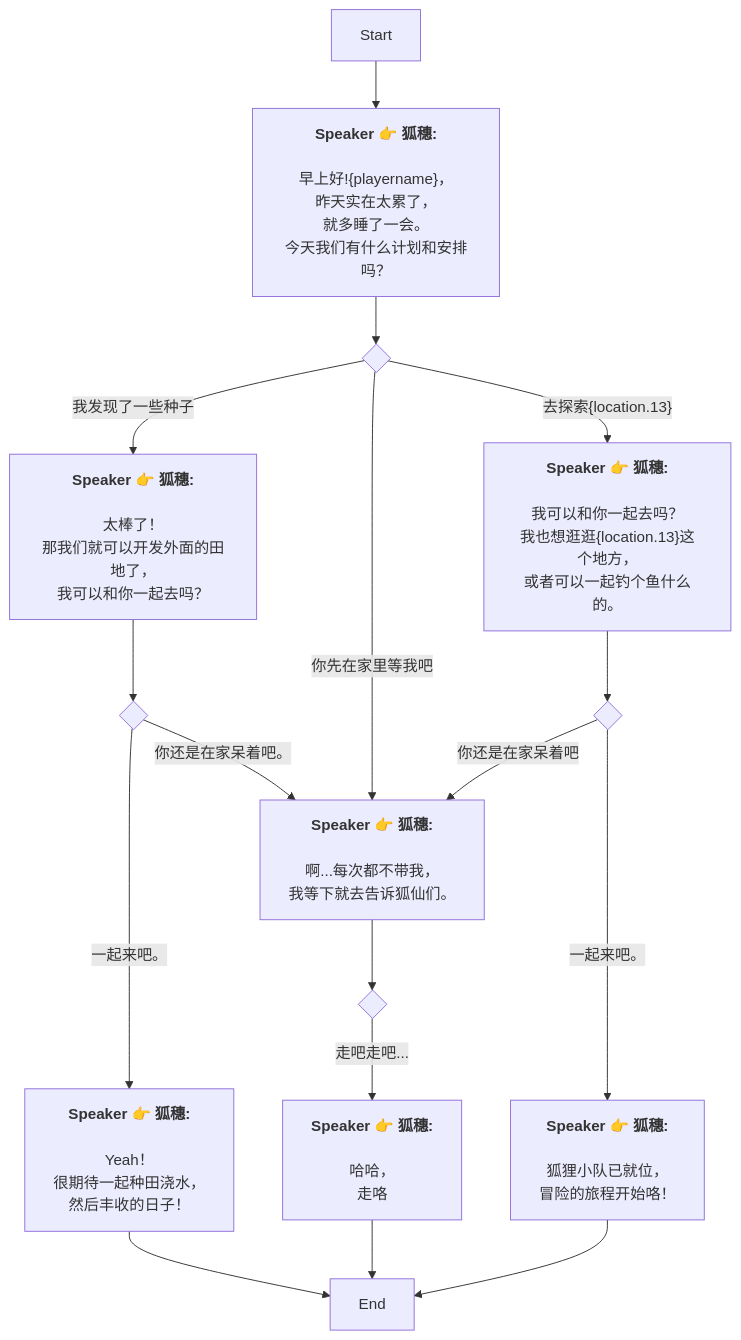
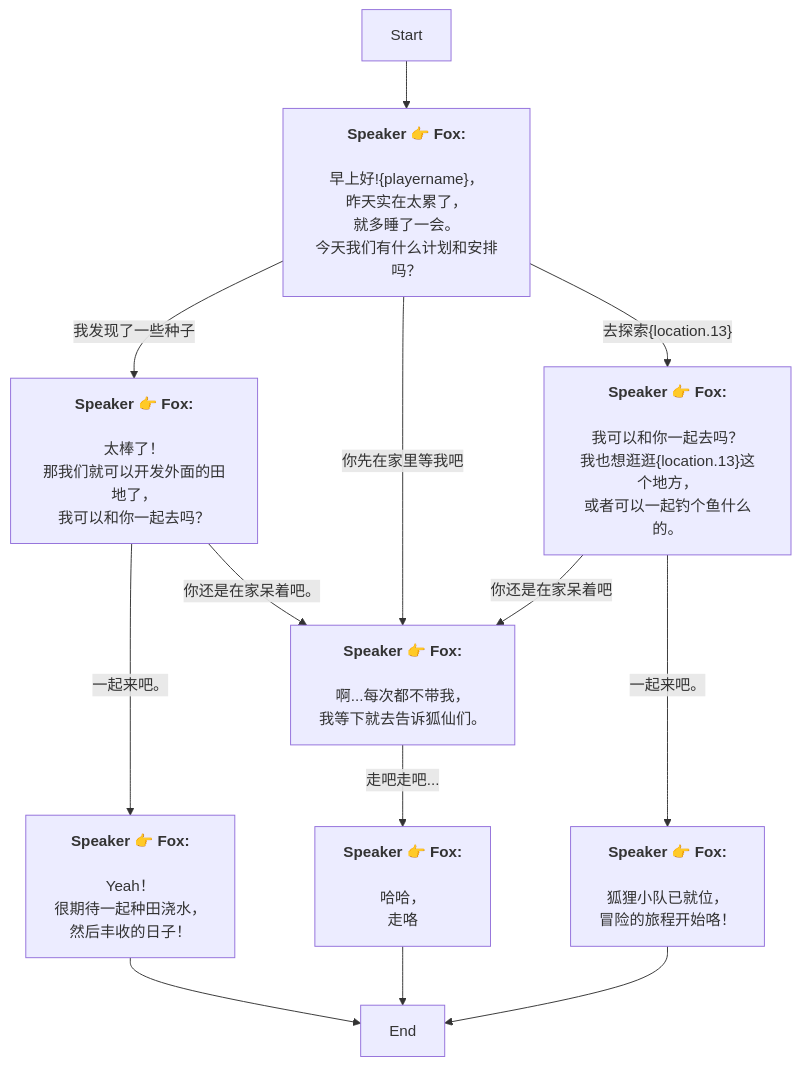
The diagram in Zh/QuestTalkObjectiveNode_1738535630978160.md (SoftHu/tos_avg), drawn with Mermaid before and after one commit. The commit also changed 737 other files, not shown here.

````diff
--- a/Zh/QuestTalkObjectiveNode_1738535630978160.md
+++ b/Zh/QuestTalkObjectiveNode_1738535630978160.md
@@ -1,52 +1,38 @@
 ```mermaid
 graph
-Start -->1738536455094394[<b>Speaker 👉 狐穗:</b>
-
-早上好!&lbrace;playername&rbrace;，
+Start -->1738536455094394[<b>Speaker 👉 Fox:</b>
+\n早上好!&lbrace;playername&rbrace;，
 昨天实在太累了，
-就多睡了一会。
-今天我们有什么计划和安排吗？]
-1738536455094394 -->1738536660065403{ }
-1738536660065403 -->|我发现了一些种子|1738536700192898[<b>Speaker 👉 狐穗:</b>
-
-太棒了！
+就多睡了一会。\n今天我们有什么计划和安排吗？]
+1738536455094394 -->|我发现了一些种子|1738536700192898[<b>Speaker 👉 Fox:</b>
+\n太棒了！
 那我们就可以开发外面的田地了，
 我可以和你一起去吗？]
-1738536660065403 -->|你先在家里等我吧|1738536768908425[<b>Speaker 👉 狐穗:</b>
-
-啊...每次都不带我，
+1738536455094394 -->|你先在家里等我吧|1738536768908425[<b>Speaker 👉 Fox:</b>
+\n啊...每次都不带我，
 我等下就去告诉狐仙们。]
-1738536660065403 -->|去探索&lbrace;location.13&rbrace;|1738537311769740[<b>Speaker 👉 狐穗:</b>
-
-我可以和你一起去吗？
+1738536455094394 -->|去探索&lbrace;location.13&rbrace;|1738537311769740[<b>Speaker 👉 Fox:</b>
+\n我可以和你一起去吗？
 我也想逛逛&lbrace;location.13&rbrace;这个地方，
 或者可以一起钓个鱼什么的。]
-1738536700192898 -->1738536738350211{ }
-1738536738350211 -->|一起来吧。|1738536759971976[<b>Speaker 👉 狐穗:</b>
-
-Yeah！
+1738536700192898 -->|一起来吧。|1738536759971976[<b>Speaker 👉 Fox:</b>
+\nYeah！
 很期待一起种田浇水，
 然后丰收的日子！]
-1738536738350211 -->|你还是在家呆着吧。|1738536768908425[<b>Speaker 👉 狐穗:</b>
-
-啊...每次都不带我，
+1738536700192898 -->|你还是在家呆着吧。|1738536768908425[<b>Speaker 👉 Fox:</b>
+\n啊...每次都不带我，
 我等下就去告诉狐仙们。]
 1738536759971976 -->1738536081685624[End]
-1738536768908425 -->1751470515135793{ }
-1751470515135793 -->|走吧走吧...|1751470531146036[<b>Speaker 👉 狐穗:</b>
-
-哈哈，
+1738536768908425 -->|走吧走吧...|1751470531146036[<b>Speaker 👉 Fox:</b>
+\n哈哈，
 走咯]
 1751470531146036 -->1738536081685624[End]
-1738537311769740 -->1738537301613707{ }
-1738537301613707 -->|你还是在家呆着吧|1738536768908425[<b>Speaker 👉 狐穗:</b>
-
-啊...每次都不带我，
+1738537311769740 -->|你还是在家呆着吧|1738536768908425[<b>Speaker 👉 Fox:</b>
+\n啊...每次都不带我，
 我等下就去告诉狐仙们。]
-1738537301613707 -->|一起来吧。|1738537387244689[<b>Speaker 👉 狐穗:</b>
-
-狐狸小队已就位，
+1738537311769740 -->|一起来吧。|1738537387244689[<b>Speaker 👉 Fox:</b>
+\n狐狸小队已就位，
 冒险的旅程开始咯！]
 1738537387244689 -->1738536081685624[End]
 
- ```
+```
````
